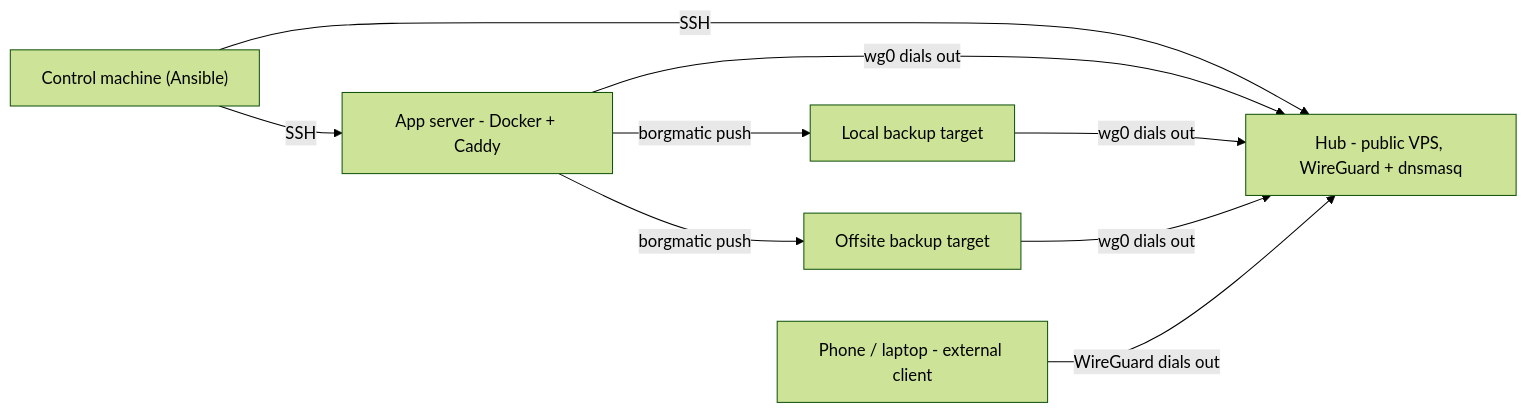
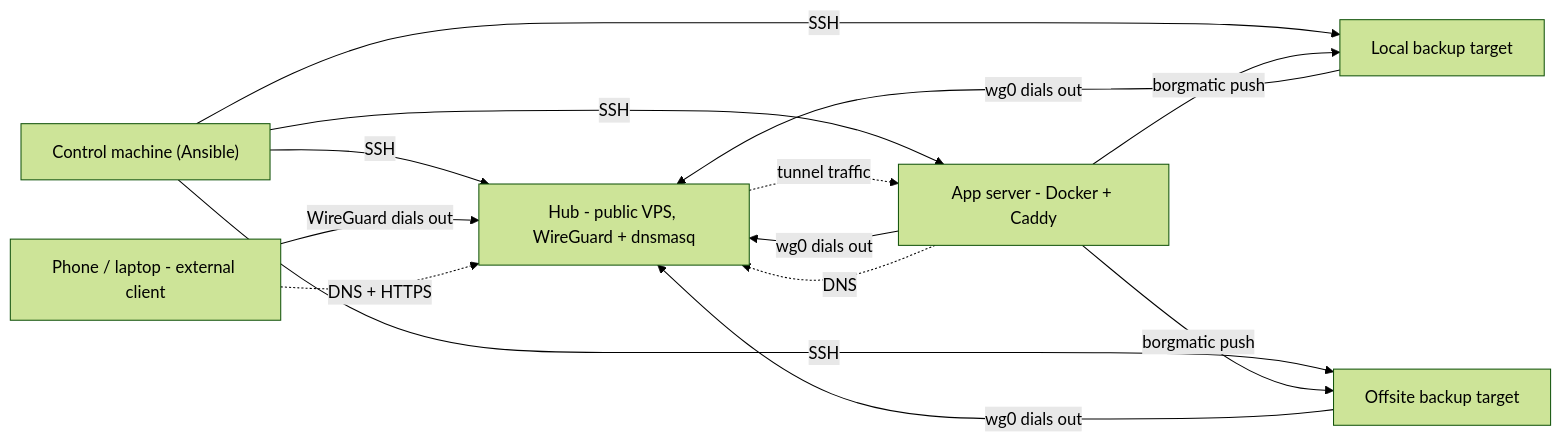
The diagram in README.md (psampir/home-server-provisioner), drawn with Mermaid (forest theme) before and after one commit. The commit also changed other lines of this file and 5 other files, not shown here.

````diff
--- a/README.md
+++ b/README.md
@@ -9,18 +9,23 @@
 ```mermaid
 flowchart LR
     CTRL["Control machine (Ansible)"]
     HUB["Hub - public VPS, WireGuard + dnsmasq"]
     APP["App server - Docker + Caddy"]
     BKP["Local backup target"]
     OFF["Offsite backup target"]
     CLI["Phone / laptop - external client"]
 
     CTRL -->|"SSH"| HUB
     CTRL -->|"SSH"| APP
+    CTRL -->|"SSH"| BKP
+    CTRL -->|"SSH"| OFF
     APP -->|"wg0 dials out"| HUB
     BKP -->|"wg0 dials out"| HUB
     OFF -->|"wg0 dials out"| HUB
     CLI -->|"WireGuard dials out"| HUB
+    APP -.->|"DNS"| HUB
+    CLI -.->|"DNS + HTTPS"| HUB
+    HUB -.->|"tunnel traffic"| APP
     APP -->|"borgmatic push"| BKP
     APP -->|"borgmatic push"| OFF
 ```
````
